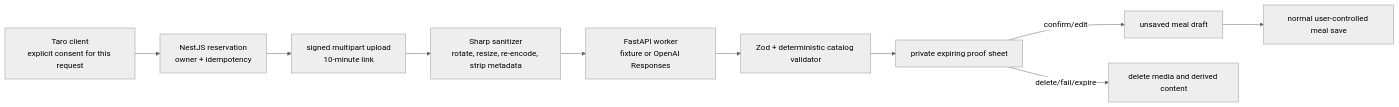
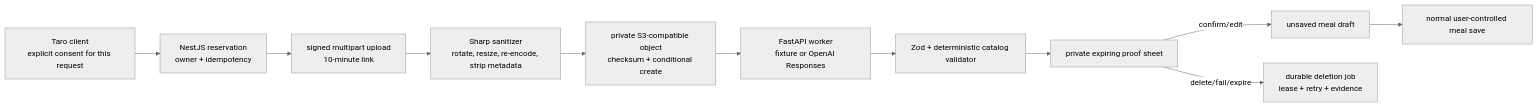
Before and after one commit to Zach424/MyFitness: the diagram in docs/architecture/FOOD_PHOTO_MODEL.md, drawn with Mermaid (neutral theme). The commit also changed other lines of this file and 48 other files, not shown here.

````diff
--- a/docs/architecture/FOOD_PHOTO_MODEL.md
+++ b/docs/architecture/FOOD_PHOTO_MODEL.md
@@ -9,12 +9,13 @@
 ```mermaid
 flowchart LR
   C["Taro client\nexplicit consent for this request"] --> R["NestJS reservation\nowner + idempotency"]
   R --> U["signed multipart upload\n10-minute link"]
   U --> S["Sharp sanitizer\nrotate, resize, re-encode, strip metadata"]
-  S --> W["FastAPI worker\nfixture or OpenAI Responses"]
+  S --> O["private S3-compatible object\nchecksum + conditional create"]
+  O --> W["FastAPI worker\nfixture or OpenAI Responses"]
   W --> V["Zod + deterministic catalog validator"]
   V --> P["private expiring proof sheet"]
   P -->|confirm/edit| D["unsaved meal draft"]
-  P -->|delete/fail/expire| X["delete media and derived content"]
+  P -->|delete/fail/expire| X["durable deletion job\nlease + retry + evidence"]
   D --> M["normal user-controlled meal save"]
 ```
````
